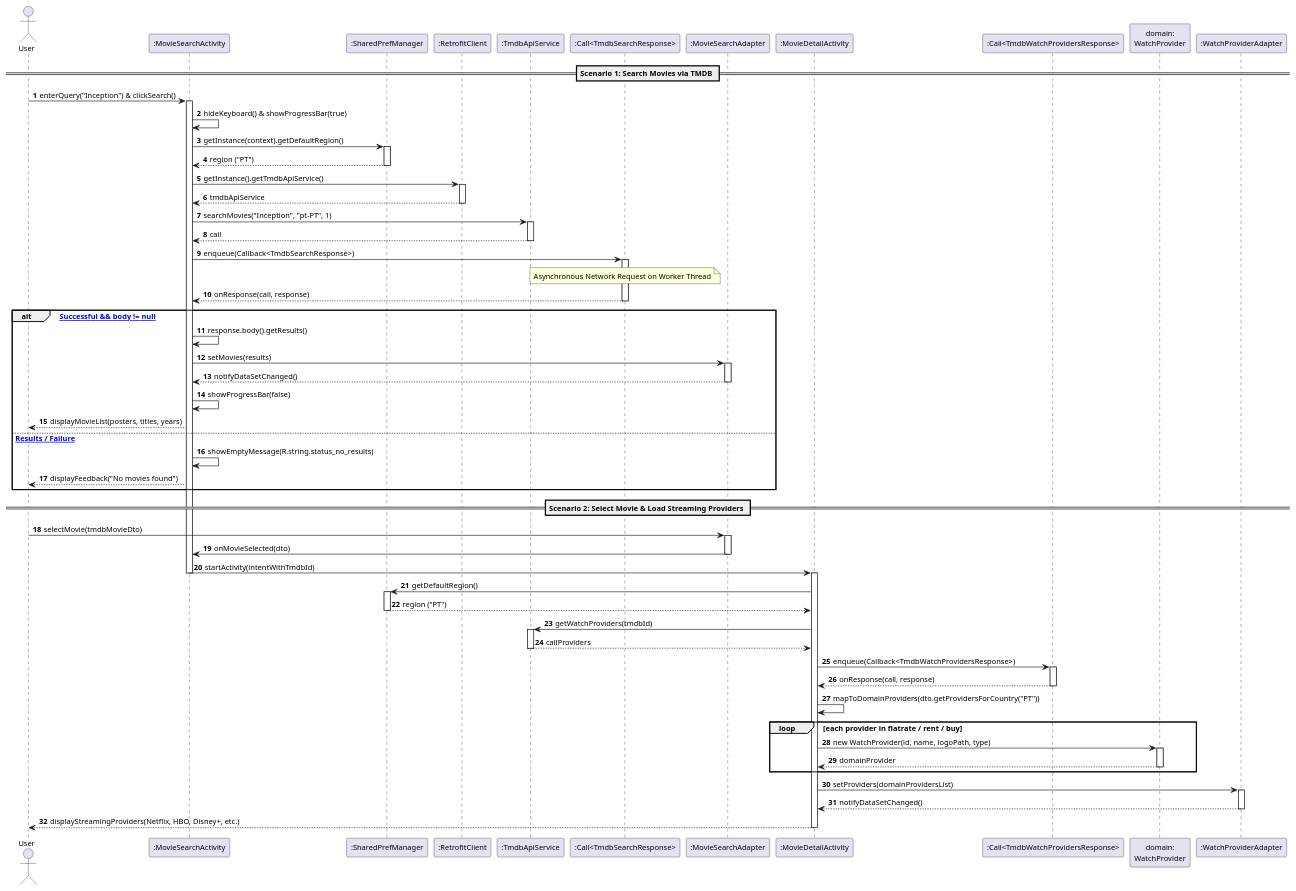
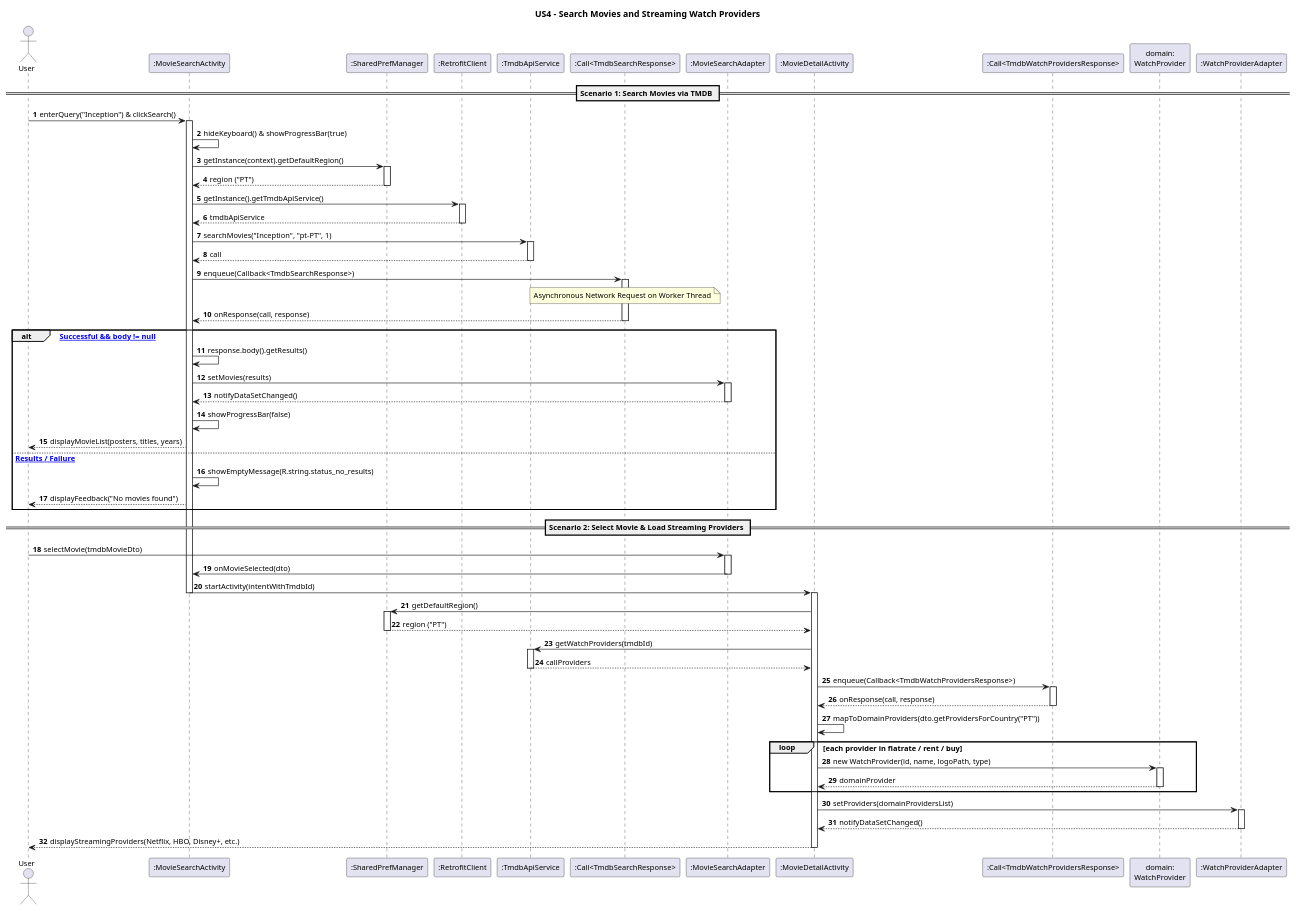
One commit to Andre-1240567/DSSMV_ProjectDroid_1240567_1241013 changed the diagram in docs/Use Cases/US4/puml/sd_us4_search_tmdb.puml. Above: the diagram before and after it, drawn with PlantUML. The commit also changed 62 other files, not shown here.

Commit message:
docs: add standard 'USX - (Functionality)' titles to all sequence diagrams

```diff
--- a/docs/Use Cases/US4/puml/sd_us4_search_tmdb.puml
+++ b/docs/Use Cases/US4/puml/sd_us4_search_tmdb.puml
@@ -1,106 +1,108 @@
 @startuml
 skinparam monochrome false
 skinparam shadowing false
 skinparam defaultFontName "Helvetica, Arial, sans-serif"
 skinparam defaultFontSize 12
+
+title US4 - Search Movies and Streaming Watch Providers
 
 actor "User" as User
 participant ":MovieSearchActivity" as Activity
 participant ":SharedPrefManager" as PrefMgr
 participant ":RetrofitClient" as Retrofit
 participant ":TmdbApiService" as TmdbApi
 participant ":Call<TmdbSearchResponse>" as CallSearch
 participant ":MovieSearchAdapter" as SearchAdapter
 participant ":MovieDetailActivity" as DetailActivity
 participant ":Call<TmdbWatchProvidersResponse>" as CallProviders
 participant "domain:\nWatchProvider" as DomainProvider
 participant ":WatchProviderAdapter" as ProviderAdapter
 
 autonumber
 
 == Scenario 1: Search Movies via TMDB ==
 
 User -> Activity : enterQuery("Inception") & clickSearch()
 activate Activity
 
 Activity -> Activity : hideKeyboard() & showProgressBar(true)
 
 Activity -> PrefMgr : getInstance(context).getDefaultRegion()
 activate PrefMgr
 PrefMgr --> Activity : region ("PT")
 deactivate PrefMgr
 
 Activity -> Retrofit : getInstance().getTmdbApiService()
 activate Retrofit
 Retrofit --> Activity : tmdbApiService
 deactivate Retrofit
 
 Activity -> TmdbApi : searchMovies("Inception", "pt-PT", 1)
 activate TmdbApi
 TmdbApi --> Activity : call
 deactivate TmdbApi
 
 Activity -> CallSearch : enqueue(Callback<TmdbSearchResponse>)
 activate CallSearch
 
 note over CallSearch: Asynchronous Network Request on Worker Thread
 CallSearch --> Activity : onResponse(call, response)
 deactivate CallSearch
 
 alt [Response Successful && body != null]
     Activity -> Activity : response.body().getResults()
     Activity -> SearchAdapter : setMovies(results)
     activate SearchAdapter
     SearchAdapter --> Activity : notifyDataSetChanged()
     deactivate SearchAdapter
     Activity -> Activity : showProgressBar(false)
     Activity --> User : displayMovieList(posters, titles, years)
 else [Empty Results / Failure]
     Activity -> Activity : showEmptyMessage(R.string.status_no_results)
     Activity --> User : displayFeedback("No movies found")
 end
 
 == Scenario 2: Select Movie & Load Streaming Providers ==
 
 User -> SearchAdapter : selectMovie(tmdbMovieDto)
 activate SearchAdapter
 SearchAdapter -> Activity : onMovieSelected(dto)
 deactivate SearchAdapter
 
 Activity -> DetailActivity : startActivity(intentWithTmdbId)
 deactivate Activity
 activate DetailActivity
 
 DetailActivity -> PrefMgr : getDefaultRegion()
 activate PrefMgr
 PrefMgr --> DetailActivity : region ("PT")
 deactivate PrefMgr
 
 DetailActivity -> TmdbApi : getWatchProviders(tmdbId)
 activate TmdbApi
 TmdbApi --> DetailActivity : callProviders
 deactivate TmdbApi
 
 DetailActivity -> CallProviders : enqueue(Callback<TmdbWatchProvidersResponse>)
 activate CallProviders
 
 CallProviders --> DetailActivity : onResponse(call, response)
 deactivate CallProviders
 
 DetailActivity -> DetailActivity : mapToDomainProviders(dto.getProvidersForCountry("PT"))
 loop each provider in flatrate / rent / buy
     DetailActivity -> DomainProvider : new WatchProvider(id, name, logoPath, type)
     activate DomainProvider
     DomainProvider --> DetailActivity : domainProvider
     deactivate DomainProvider
 end
 
 DetailActivity -> ProviderAdapter : setProviders(domainProvidersList)
 activate ProviderAdapter
 ProviderAdapter --> DetailActivity : notifyDataSetChanged()
 deactivate ProviderAdapter
 
 DetailActivity --> User : displayStreamingProviders(Netflix, HBO, Disney+, etc.)
 deactivate DetailActivity
 
 @enduml
```
